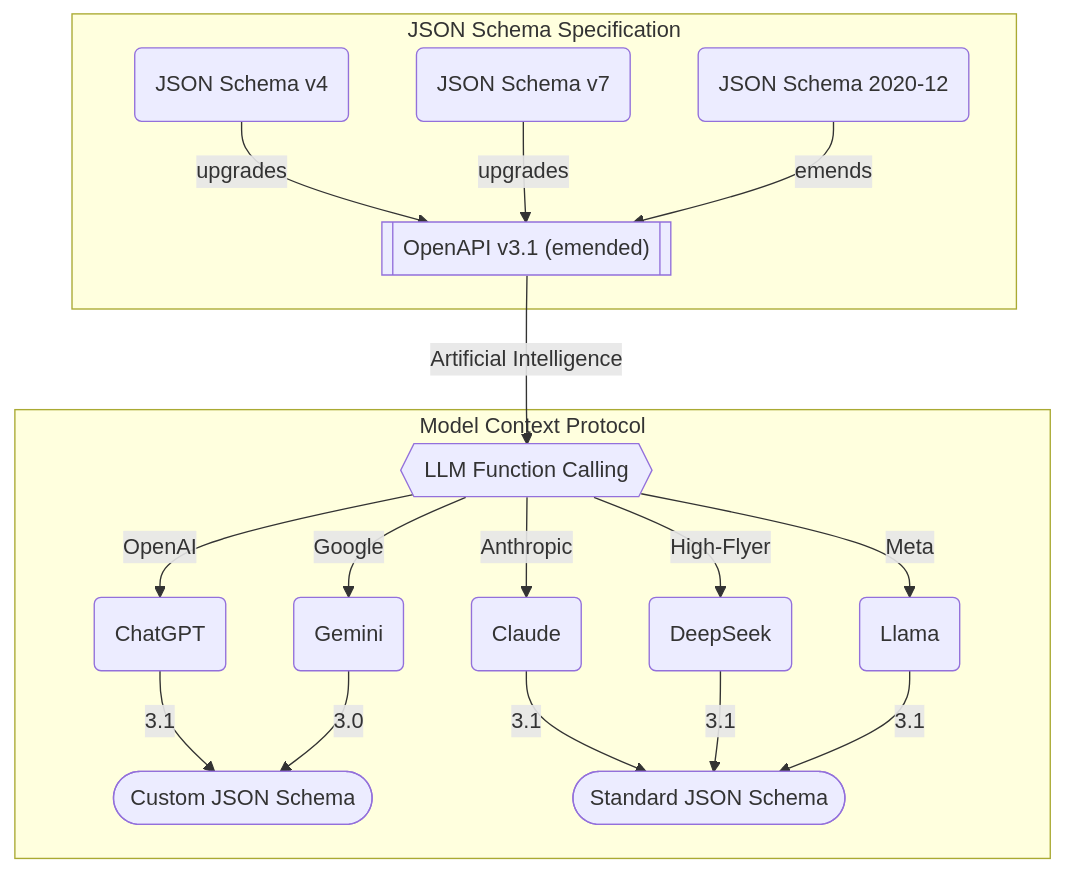
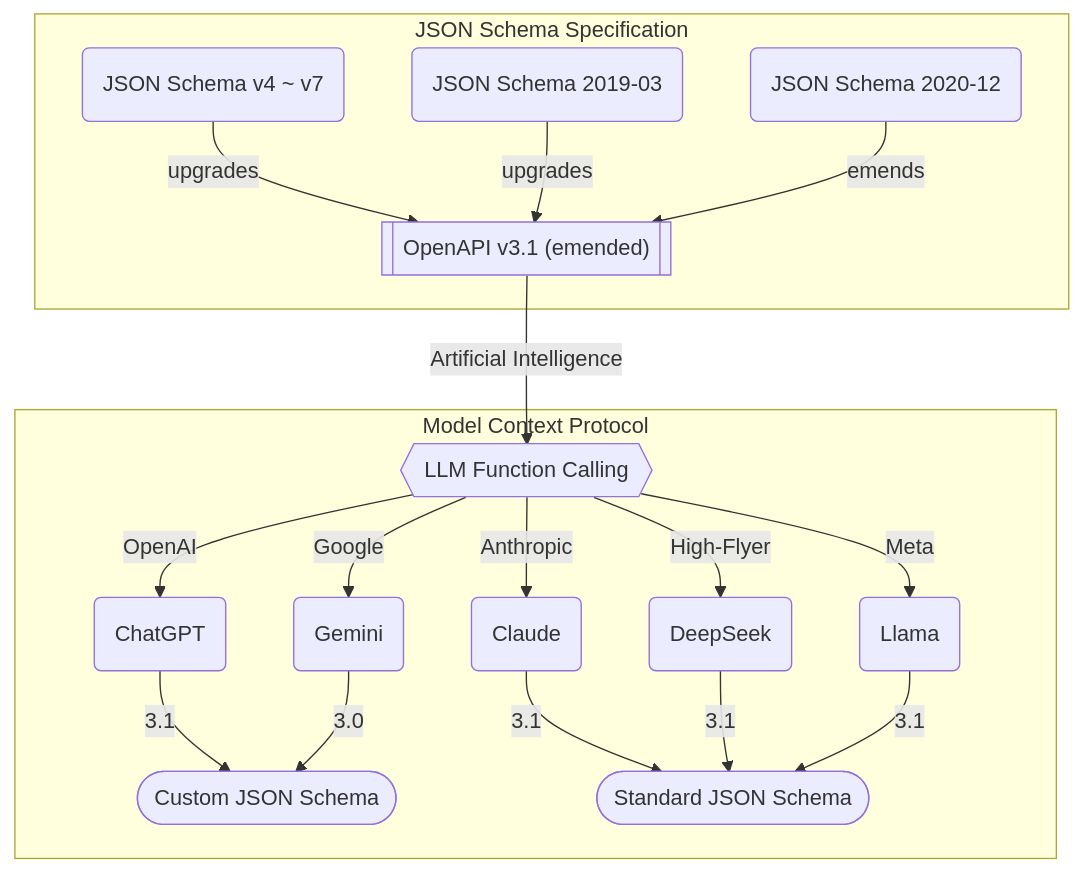
Before and after one commit to samchon/openapi: the fourth of 4 diagrams in README.md, drawn with Mermaid.

Commit message:
Change MCP JSON schema diagram a little bit

````diff
--- a/README.md
+++ b/README.md
@@ -597,21 +597,21 @@
 ```mermaid
 flowchart
   subgraph "JSON Schema Specification"
-    schemav4("JSON Schema v4") --upgrades--> emended[["OpenAPI v3.1 (emended)"]]
-    schemav7("JSON Schema v7") --upgrades--> emended
+    schemav4("JSON Schema v4 ~ v7") --upgrades--> emended[["OpenAPI v3.1 (emended)"]]
+    schema2910("JSON Schema 2019-03") --upgrades--> emended
     schema2020("JSON Schema 2020-12") --emends--> emended
   end
   subgraph "Model Context Protocol"
     emended --"Artificial Intelligence"--> lfc{{"LLM Function Calling"}}
     lfc --"OpenAI"--> chatgpt("ChatGPT")
     lfc --"Google"--> gemini("Gemini")
     lfc --"Anthropic"--> claude("Claude")
     lfc --"High-Flyer"--> deepseek("DeepSeek")
     lfc --"Meta"--> llama("Llama")
     chatgpt --"3.1"--> custom(["Custom JSON Schema"])
     gemini --"3.0"--> custom(["Custom JSON Schema"])
     claude --"3.1"--> standard(["Standard JSON Schema"])
     deepseek --"3.1"--> standard
     llama --"3.1"--> standard
   end
 ```
````
